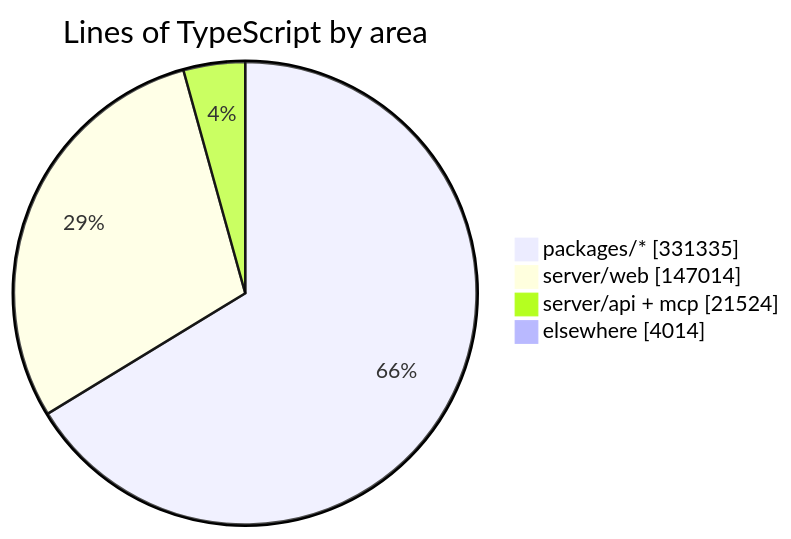
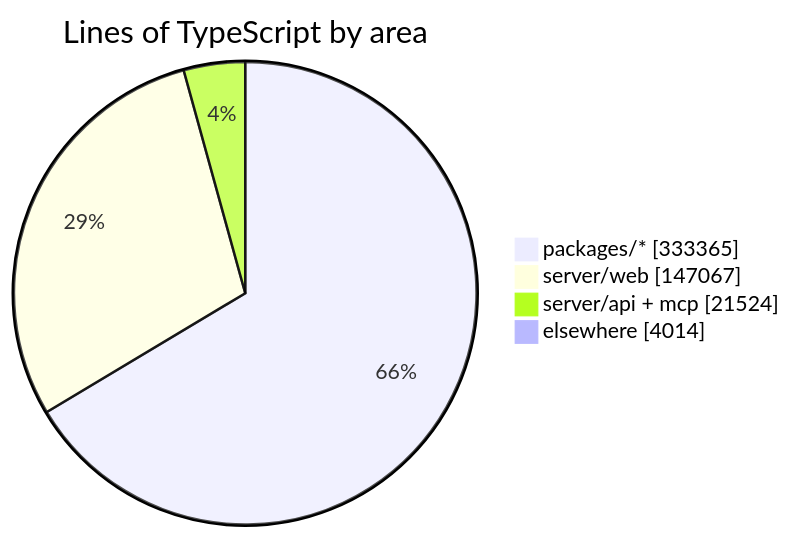
Before and after one commit to crossworks-engineering/mantle: the diagram in README.md, drawn with Mermaid. The commit also changed other lines of this file and 2 other files, not shown here.

````diff
--- a/README.md
+++ b/README.md
@@ -294,7 +294,7 @@
 ```mermaid
 pie showData title Lines of TypeScript by area
-    "packages/*" : 331335
-    "server/web" : 147014
+    "packages/*" : 333365
+    "server/web" : 147067
     "server/api + mcp" : 21524
     "elsewhere" : 4014
 ```
````
